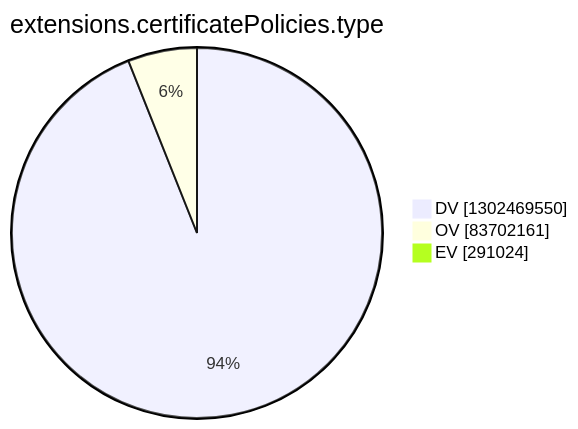
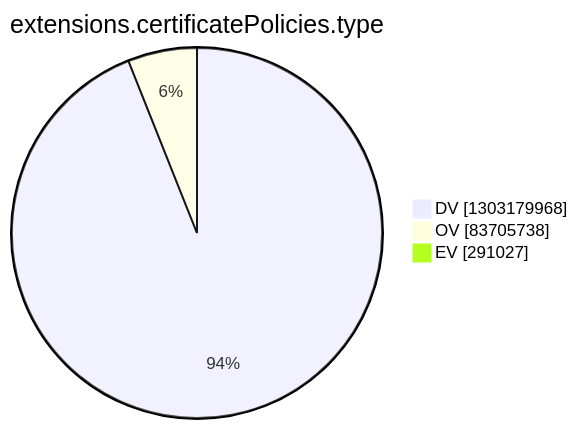
Before and after one commit to christiankrug/ctmonitor_visualization: the tenth of 15 diagrams in argon2022/README.md, drawn with Mermaid. The commit also changed other lines of this file, not shown here.

````diff
--- a/argon2022/README.md
+++ b/argon2022/README.md
@@ -2772,7 +2772,7 @@
 ```mermaid
 pie showData
 title extensions.certificatePolicies.type
-"DV" :1302469550
-"OV" :83702161
-"EV" :291024
+"DV" :1303179968
+"OV" :83705738
+"EV" :291027
 ```
````
